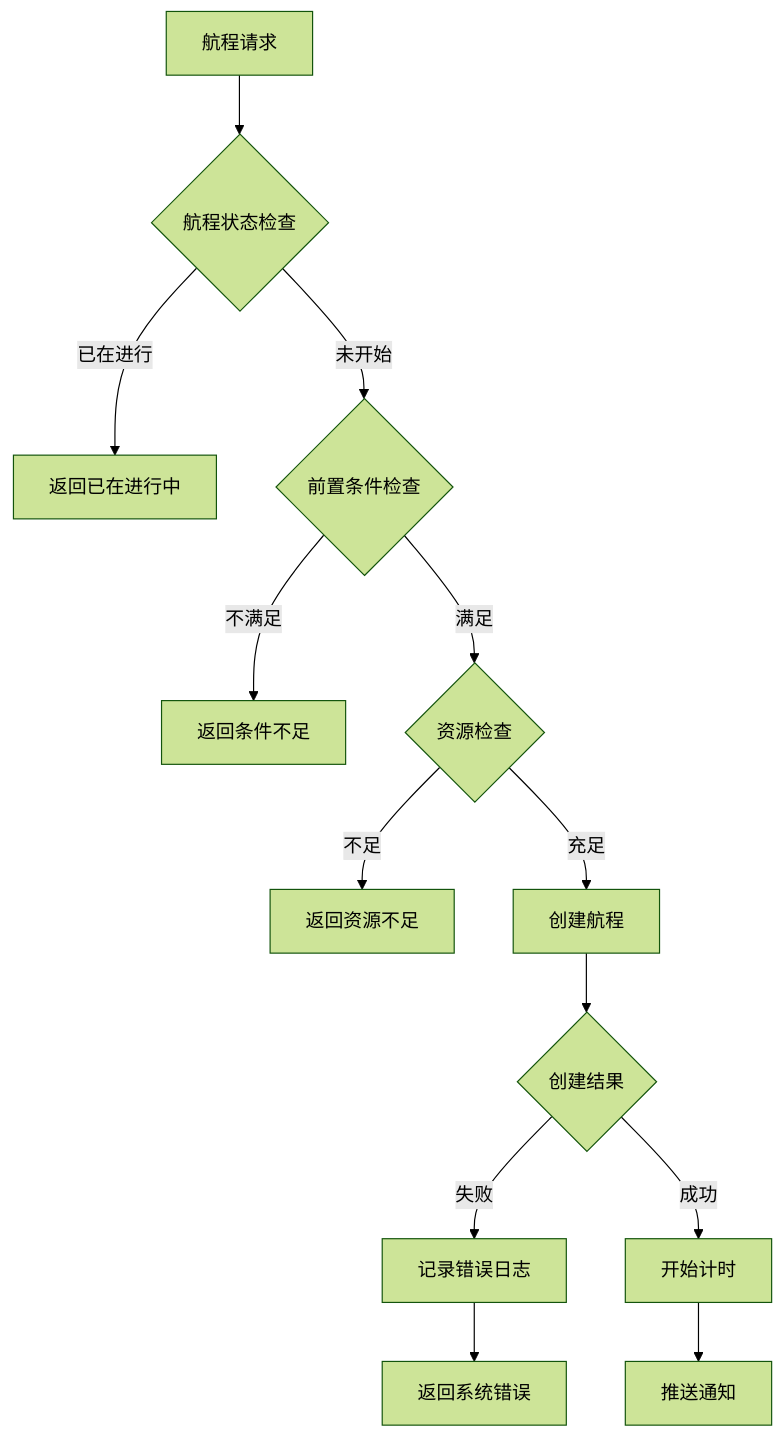
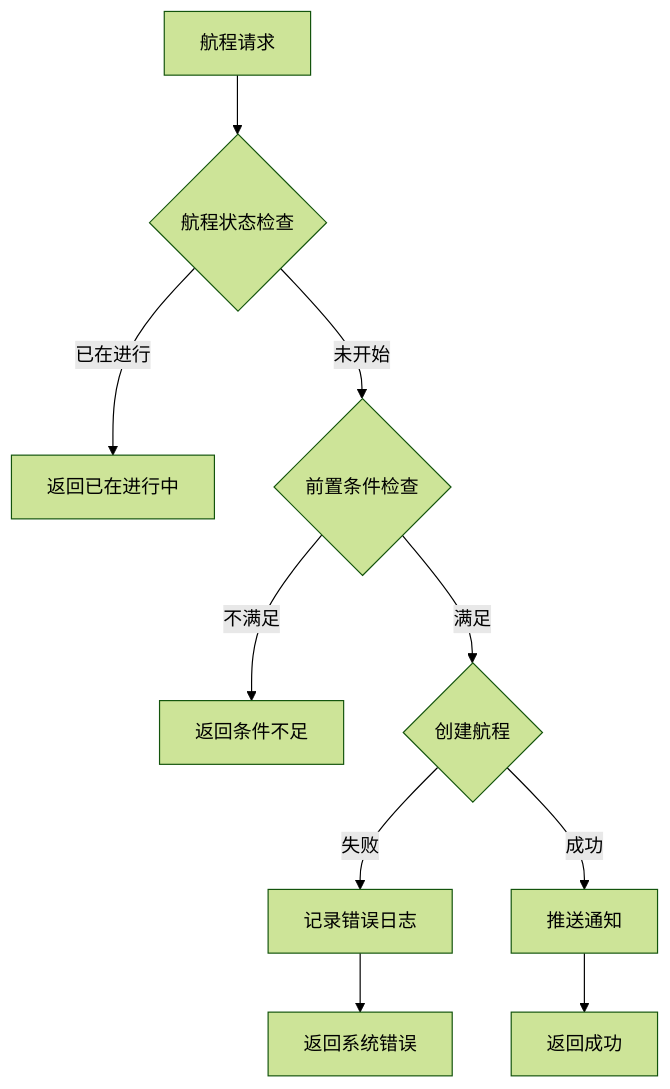
One commit to Alan-Ben/k2c_game_framework changed the third of 3 diagrams in docs/Module_Mars/06_实现细节.md. Above: the diagram before and after it, drawn with Mermaid (forest theme). The commit also changed other lines of this file and 15 other files, not shown here.

````diff
--- a/docs/Module_Mars/06_实现细节.md
+++ b/docs/Module_Mars/06_实现细节.md
@@ -311,15 +228,12 @@
 ```mermaid
 flowchart TD
     A[航程请求] --> B{航程状态检查}
     B -->|已在进行| C[返回已在进行中]
     B -->|未开始| D{前置条件检查}
     D -->|不满足| E[返回条件不足]
-    D -->|满足| F{资源检查}
-    F -->|不足| G[返回资源不足]
-    F -->|充足| H[创建航程]
-    H --> I{创建结果}
-    I -->|失败| J[记录错误日志]
-    J --> K[返回系统错误]
-    I -->|成功| L[开始计时]
-    L --> M[推送通知]
+    D -->|满足| F{创建航程}
+    F -->|失败| G[记录错误日志]
+    G --> H[返回系统错误]
+    F -->|成功| I[推送通知]
+    I --> J[返回成功]
 ```
````
